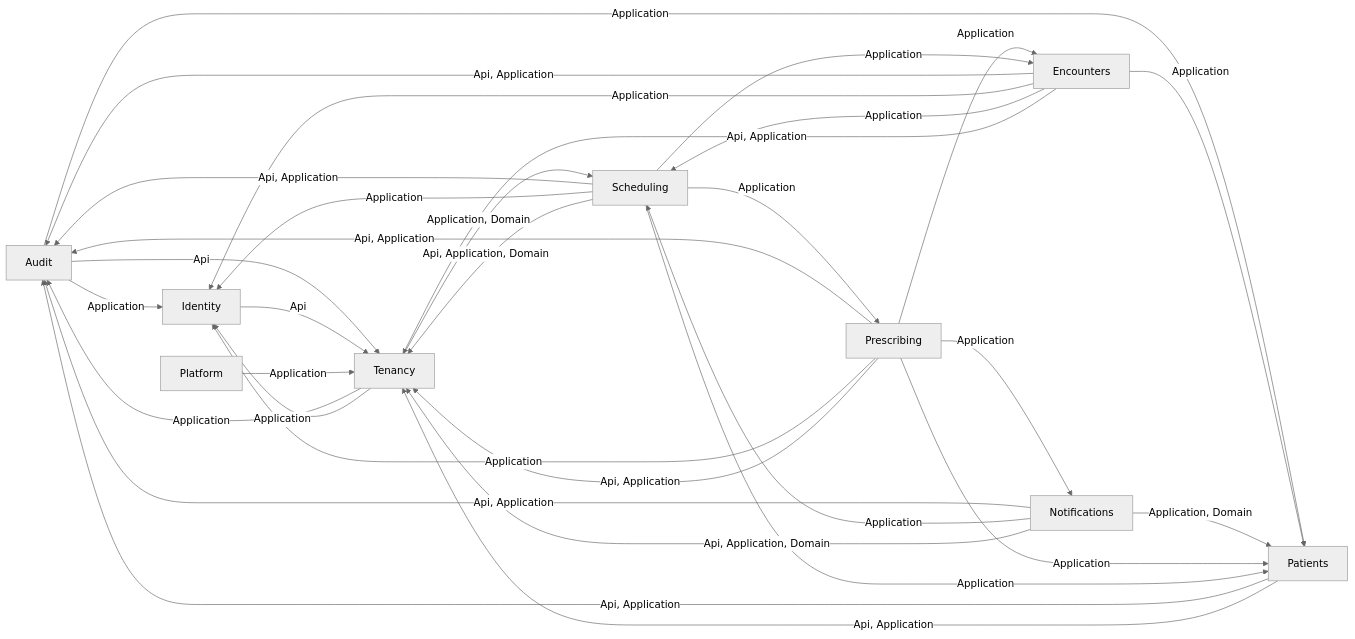
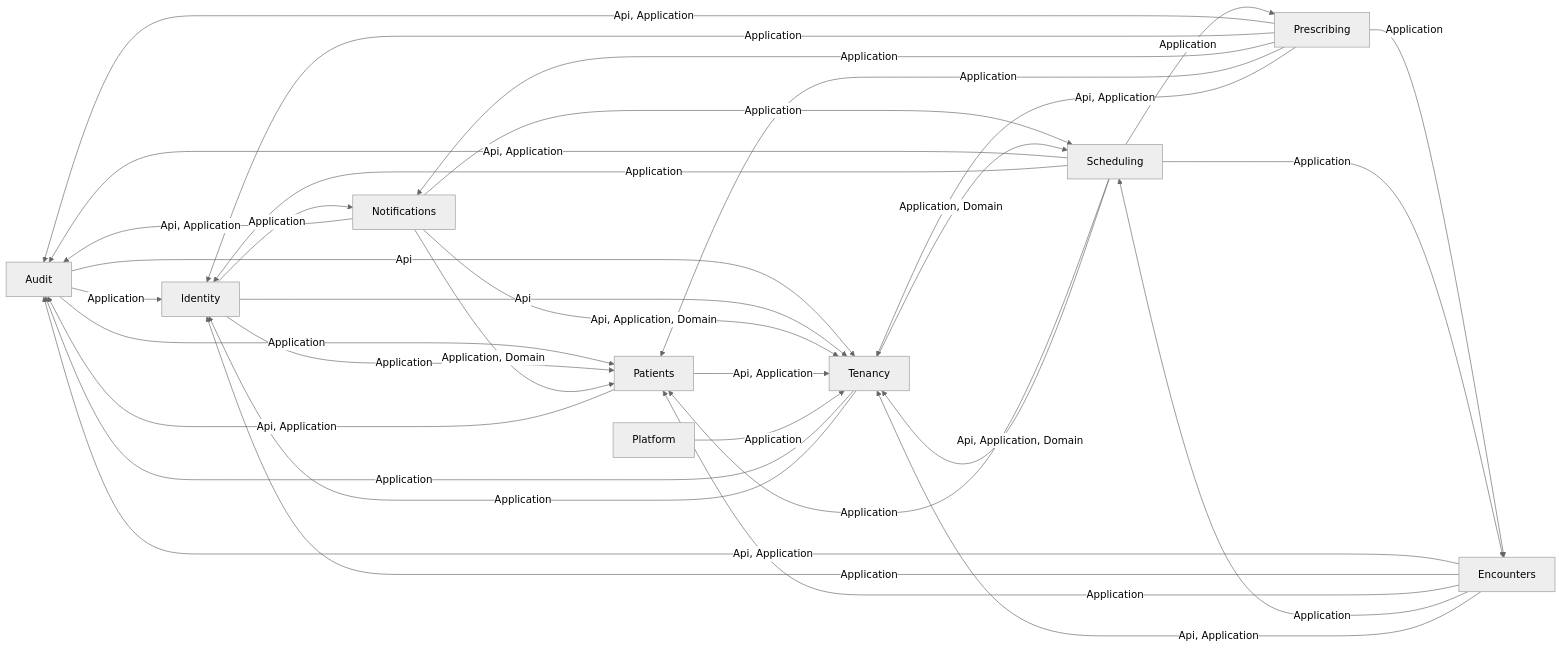
One commit to ALFRED-LUCIFER/medvya changed the second of 14 diagrams in docs/03-architecture/erd.md. Above: the diagram before and after it, drawn with Mermaid (neutral theme). The commit also changed other lines of this file and 33 other files, not shown here.

````diff
--- a/docs/03-architecture/erd.md
+++ b/docs/03-architecture/erd.md
@@ -56,34 +56,36 @@
 ```mermaid
 flowchart LR
   Audit -->|"Application"| Identity
   Audit -->|"Application"| Patients
   Audit -->|"Api"| Tenancy
   Encounters -->|"Api, Application"| Audit
   Encounters -->|"Application"| Identity
   Encounters -->|"Application"| Patients
   Encounters -->|"Application"| Scheduling
   Encounters -->|"Api, Application"| Tenancy
+  Identity -->|"Application"| Notifications
+  Identity -->|"Application"| Patients
   Identity -->|"Api"| Tenancy
   Notifications -->|"Api, Application"| Audit
   Notifications -->|"Application, Domain"| Patients
   Notifications -->|"Application"| Scheduling
   Notifications -->|"Api, Application, Domain"| Tenancy
   Patients -->|"Api, Application"| Audit
   Patients -->|"Api, Application"| Tenancy
   Platform -->|"Application"| Tenancy
   Prescribing -->|"Api, Application"| Audit
   Prescribing -->|"Application"| Encounters
   Prescribing -->|"Application"| Identity
   Prescribing -->|"Application"| Notifications
   Prescribing -->|"Application"| Patients
   Prescribing -->|"Api, Application"| Tenancy
   Scheduling -->|"Api, Application"| Audit
   Scheduling -->|"Application"| Encounters
   Scheduling -->|"Application"| Identity
   Scheduling -->|"Application"| Patients
   Scheduling -->|"Application"| Prescribing
   Scheduling -->|"Api, Application, Domain"| Tenancy
   Tenancy -->|"Application"| Audit
   Tenancy -->|"Application"| Identity
   Tenancy -->|"Application, Domain"| Scheduling
 ```
````
